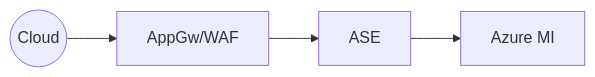
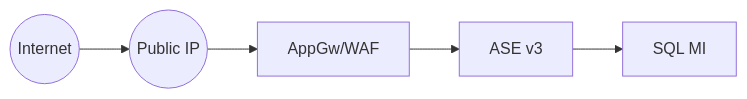
The sixth of 6 diagrams in README.md (msalemor/app-services-networking), drawn with Mermaid before and after one commit. The commit also changed other lines of this file, not shown here.

````diff
--- a/README.md
+++ b/README.md
@@ -124,6 +124,7 @@
 ```mermaid
 graph LR;
-    A((Cloud))-->B[AppGw/WAF];
-    B-->C[ASE];
-    C-->D[Azure MI];
+    A((Internet))-->B((Public IP));
+    B-->C[AppGw/WAF];
+    C-->D[ASE v3];
+    D-->E[SQL MI]
 ```
````
